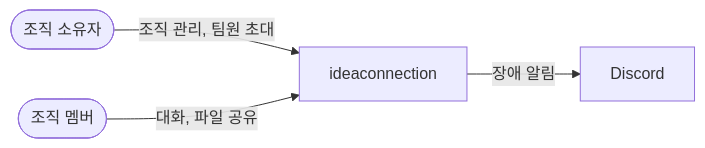
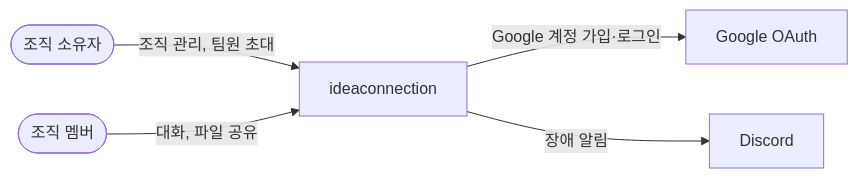
The first of 4 diagrams in docs/architecture.md (ktcloud-cloudnative-2026/team03-HelloCloud), drawn with Mermaid before and after one commit. The commit also changed other lines of this file and 4 other files, not shown here.

````diff
--- a/docs/architecture.md
+++ b/docs/architecture.md
@@ -11,6 +11,7 @@
 ```mermaid
 flowchart LR
   owner([조직 소유자]) -->|조직 관리, 팀원 초대| svc[ideaconnection]
   member([조직 멤버]) -->|대화, 파일 공유| svc
+  svc -->|Google 계정 가입·로그인| gg[Google OAuth]
   svc -->|장애 알림| dc[Discord]
 ```
````
